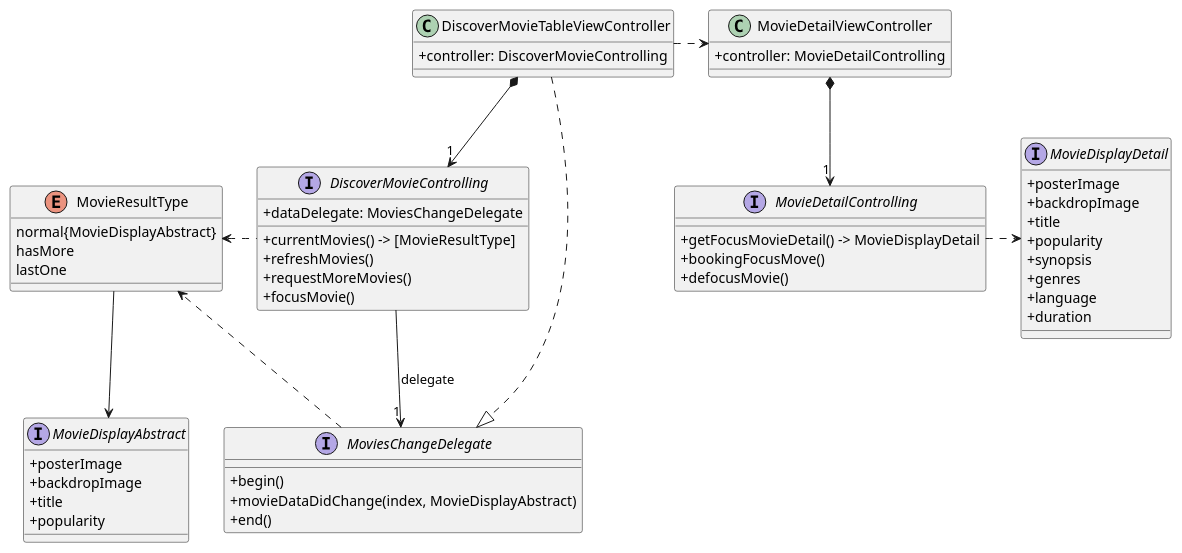
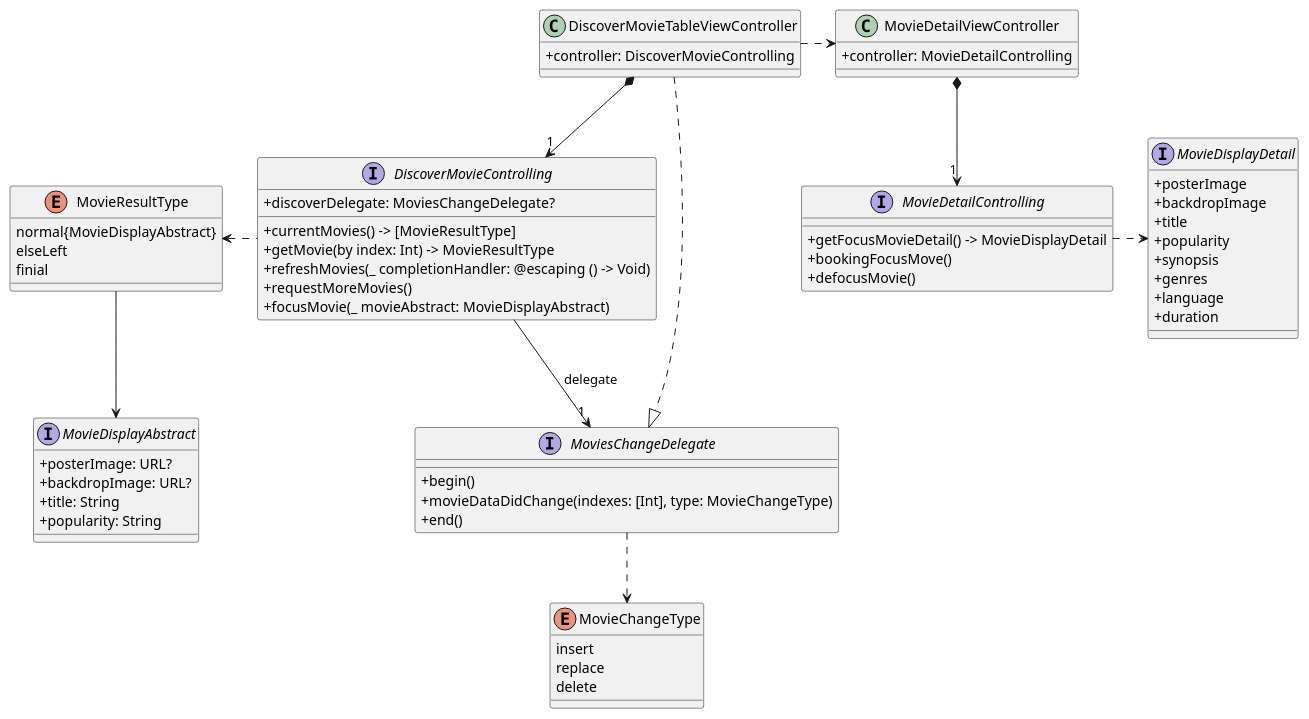
One commit to willsbor/CinemaForYou changed the first of 4 diagrams in README.md. Above: the diagram before and after it, drawn with PlantUML. The commit also changed 6 other files, not shown here.

Commit message:
implement DiscoverMovieTableViewController

````diff
--- a/README.md
+++ b/README.md
@@ -12,69 +12,76 @@
 ```puml
 skinparam classAttributeIconSize 0
 
 class DiscoverMovieTableViewController {
   +controller: DiscoverMovieControlling
 }
 
 interface DiscoverMovieControlling {
-    +dataDelegate: MoviesChangeDelegate
-    +currentMovies() -> [MovieResultType]
-    +refreshMovies()
-    +requestMoreMovies()
-    +focusMovie()
+  +discoverDelegate: MoviesChangeDelegate?
+  +currentMovies() -> [MovieResultType]
+  +getMovie(by index: Int) -> MovieResultType
+  +refreshMovies(_ completionHandler: @escaping () -> Void)
+  +requestMoreMovies()
+  +focusMovie(_ movieAbstract: MovieDisplayAbstract)
 }
 
 enum MovieResultType {
   normal{MovieDisplayAbstract}
-  hasMore
-  lastOne
+  elseLeft
+  finial
 }
 
 interface MovieDisplayAbstract {
-  +posterImage
-  +backdropImage
-  +title
-  +popularity
+  +posterImage: URL?
+  +backdropImage: URL?
+  +title: String
+  +popularity: String
+}
+
+enum MovieChangeType {
+    insert
+    replace
+    delete
 }
 
 interface MoviesChangeDelegate {
   +begin()
-  +movieDataDidChange(index, MovieDisplayAbstract)
+  +movieDataDidChange(indexes: [Int], type: MovieChangeType)
   +end()
 }
 
 class MovieDetailViewController {
   +controller: MovieDetailControlling
 }
 
 interface MovieDetailControlling {
   +getFocusMovieDetail() -> MovieDisplayDetail
   +bookingFocusMove()
   +defocusMovie()
 }
 
 interface MovieDisplayDetail {
   +posterImage
   +backdropImage
   +title
   +popularity
   +synopsis
   +genres
   +language
   +duration
 }
 
 DiscoverMovieTableViewController .right.> MovieDetailViewController
 
 DiscoverMovieTableViewController *--> "1" DiscoverMovieControlling
 DiscoverMovieControlling .left.> MovieResultType
 MovieResultType --> MovieDisplayAbstract
 DiscoverMovieControlling --> "1" MoviesChangeDelegate : delegate
-MoviesChangeDelegate ..> MovieResultType
+MoviesChangeDelegate ..> MovieChangeType
 
 DiscoverMovieTableViewController ..|> MoviesChangeDelegate
 
 MovieDetailViewController *--> "1" MovieDetailControlling
 MovieDetailControlling .right.> MovieDisplayDetail
 
 ```
````
